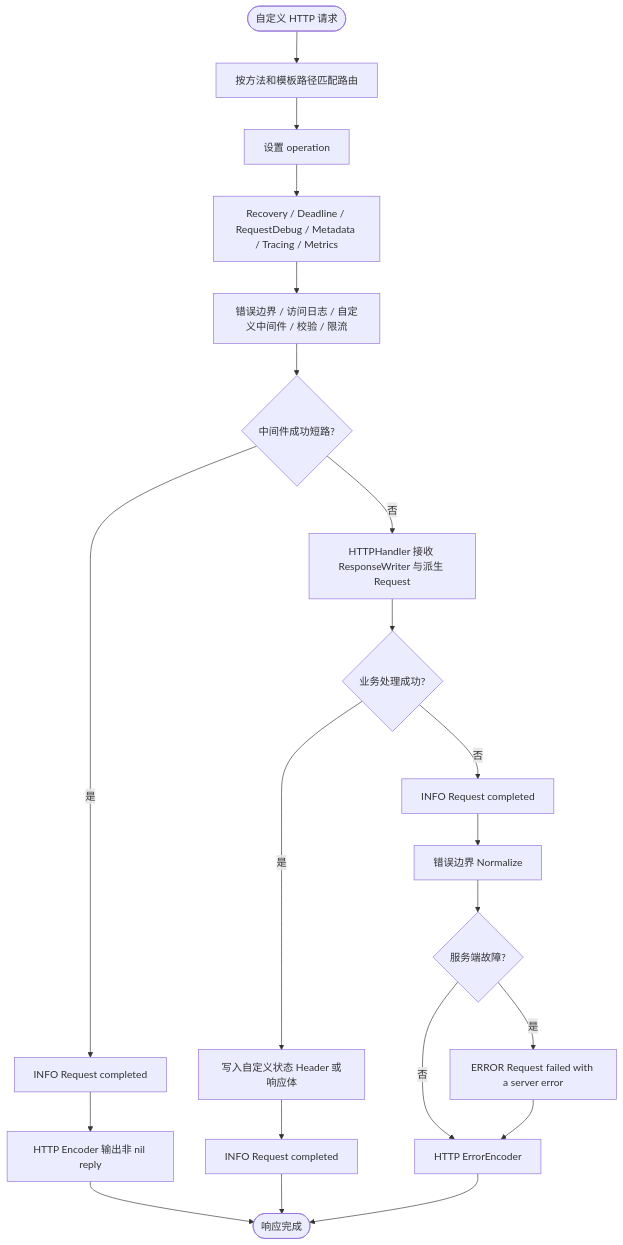
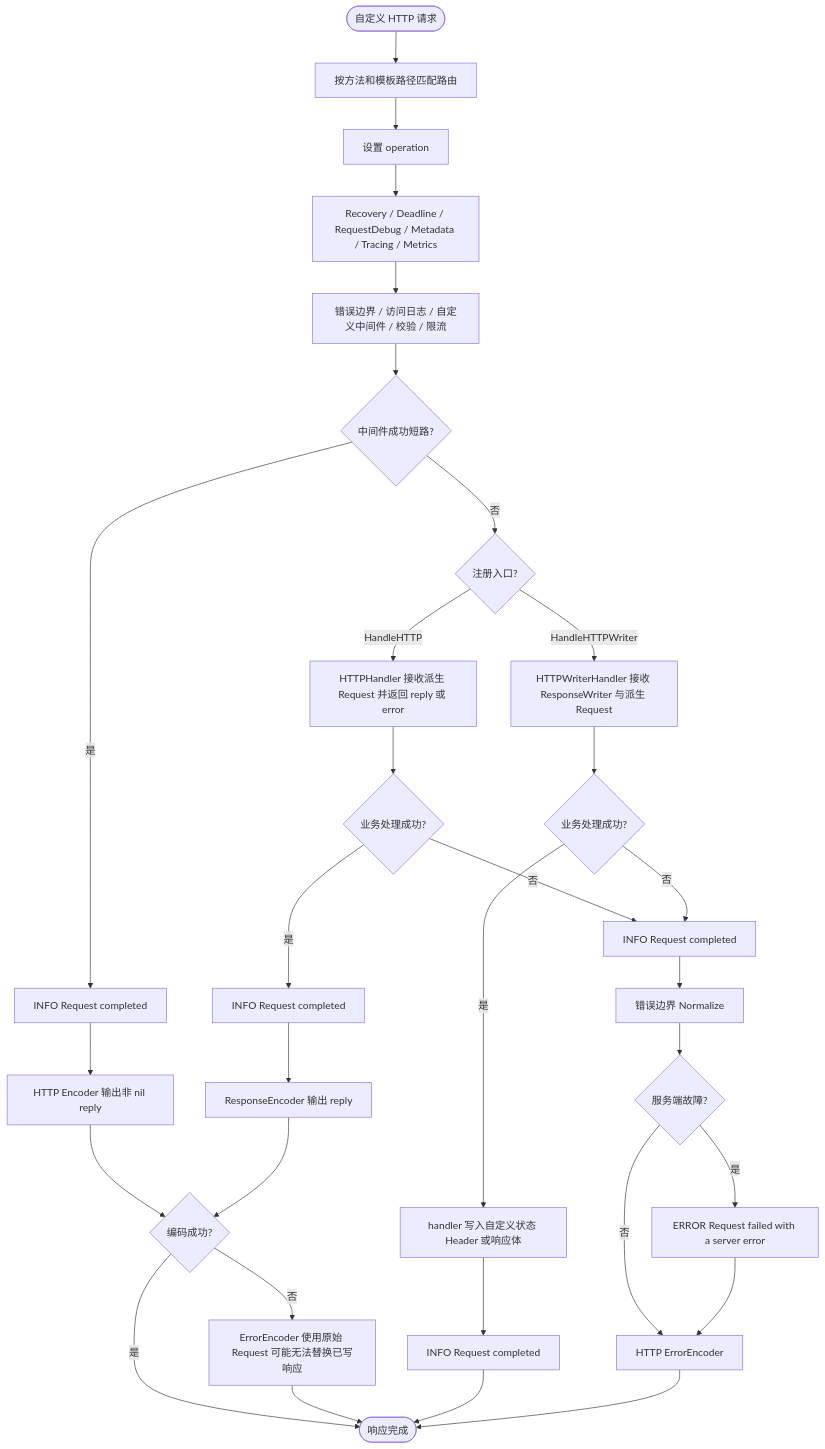
Before and after one commit to jaggerzhuang1994/kratos-foundation: the fourth of 10 diagrams in pkg/server/README.md, drawn with Mermaid. The commit also changed other lines of this file and 3 other files, not shown here.

````diff
--- a/pkg/server/README.md
+++ b/pkg/server/README.md
@@ -134,23 +151,33 @@
 ```mermaid
 flowchart TD
     A([自定义 HTTP 请求]) --> B[按方法和模板路径匹配路由]
     B --> C[设置 operation]
     C --> D[Recovery / Deadline / RequestDebug / Metadata / Tracing / Metrics]
     D --> E[错误边界 / 访问日志 / 自定义中间件 / 校验 / 限流]
     E --> P{中间件成功短路?}
     P -- 是 --> Q[INFO Request completed]
     Q --> R[HTTP Encoder 输出非 nil reply]
-    R --> J
-    P -- 否 --> F[HTTPHandler 接收 ResponseWriter 与派生 Request]
-    F --> G{业务处理成功?}
-    G -- 是 --> H[写入自定义状态 Header 或响应体]
-    H --> I[INFO Request completed]
-    I --> J([响应完成])
-    G -- 否 --> K[INFO Request completed]
+    R --> Z{编码成功?}
+    Z -- 是 --> J
+    Z -- 否 --> Y[ErrorEncoder 使用原始 Request 可能无法替换已写响应]
+    Y --> J
+    P -- 否 --> F{注册入口?}
+    F -- HandleHTTP --> G[HTTPHandler 接收派生 Request 并返回 reply 或 error]
+    G --> H{业务处理成功?}
+    H -- 是 --> I[INFO Request completed]
+    I --> S[ResponseEncoder 输出 reply]
+    S --> Z
+    F -- HandleHTTPWriter --> T[HTTPWriterHandler 接收 ResponseWriter 与派生 Request]
+    T --> U{业务处理成功?}
+    U -- 是 --> V[handler 写入自定义状态 Header 或响应体]
+    V --> W[INFO Request completed]
+    W --> J([响应完成])
+    H -- 否 --> K[INFO Request completed]
+    U -- 否 --> K
     K --> L[错误边界 Normalize]
     L --> O{服务端故障?}
     O -- 是 --> M[ERROR Request failed with a server error]
     O -- 否 --> N[HTTP ErrorEncoder]
     M --> N
     N --> J
 ```
````
